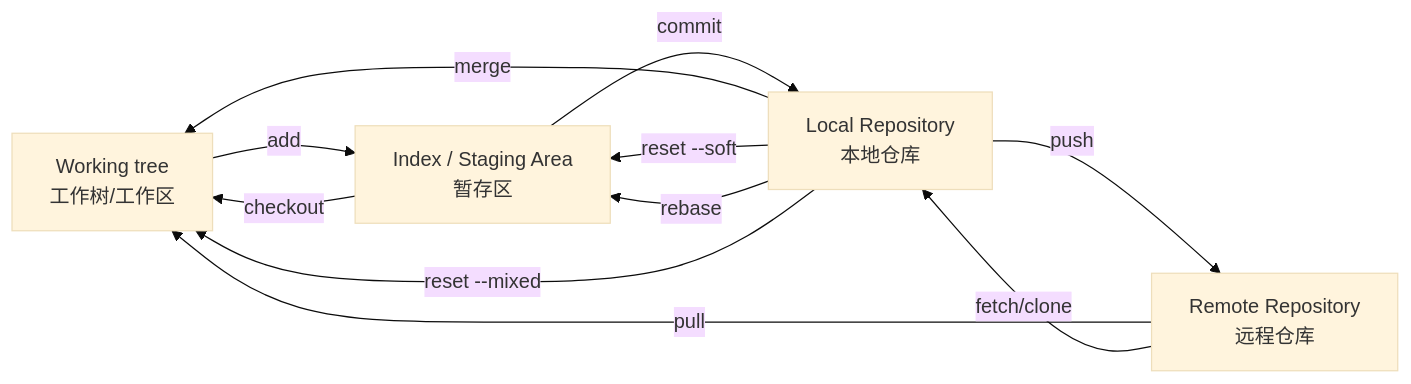
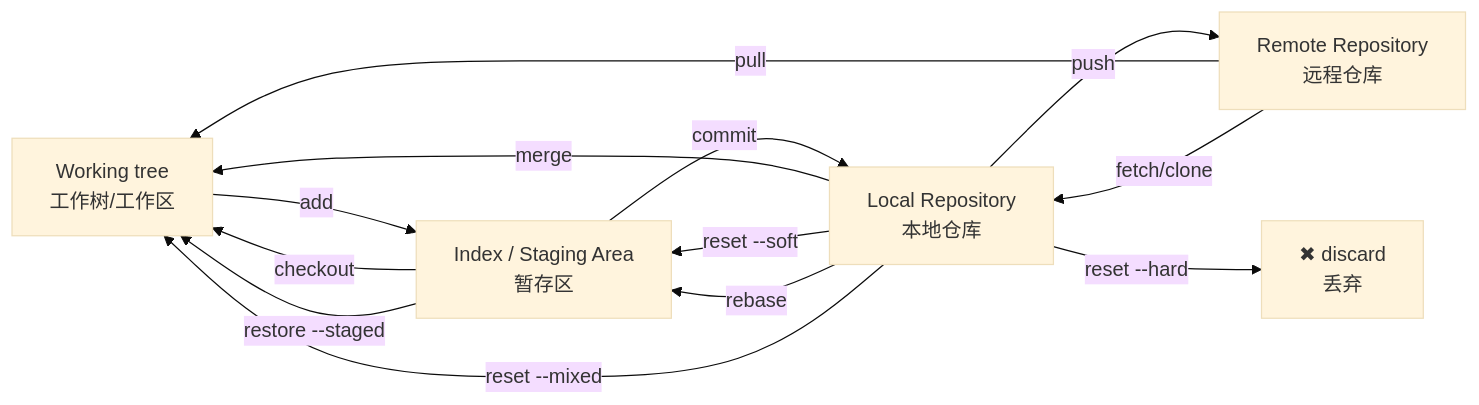
Before and after one commit to wiloon/blog: the diagram in content/post/development/git/git.md, drawn with Mermaid (base theme). The commit also changed other lines of this file and 3 other files, not shown here.

````diff
--- a/content/post/development/git/git.md
+++ b/content/post/development/git/git.md
@@ -15,18 +15,20 @@
 ```mermaid
 graph LR
     work["Working tree<br/>工作树/工作区"]
     stage["Index / Staging Area<br/>暂存区"]
     repo["Local Repository<br/>本地仓库"]
     remote["Remote Repository<br/>远程仓库"]
-
+    discard["✖ discard<br/>丢弃"]
     work -->|add| stage
     stage -->|commit| repo
     repo -->|push| remote
     remote -->|pull| work
     remote -->|"fetch/clone"| repo
     stage -->|checkout| work
+    stage -->|"restore --staged"| work
     repo -->|merge| work
     repo -->|"reset --soft"| stage
     repo -->|rebase| stage
     repo -->|"reset --mixed"| work
+    repo -->|"reset --hard"| discard
 ```
````
